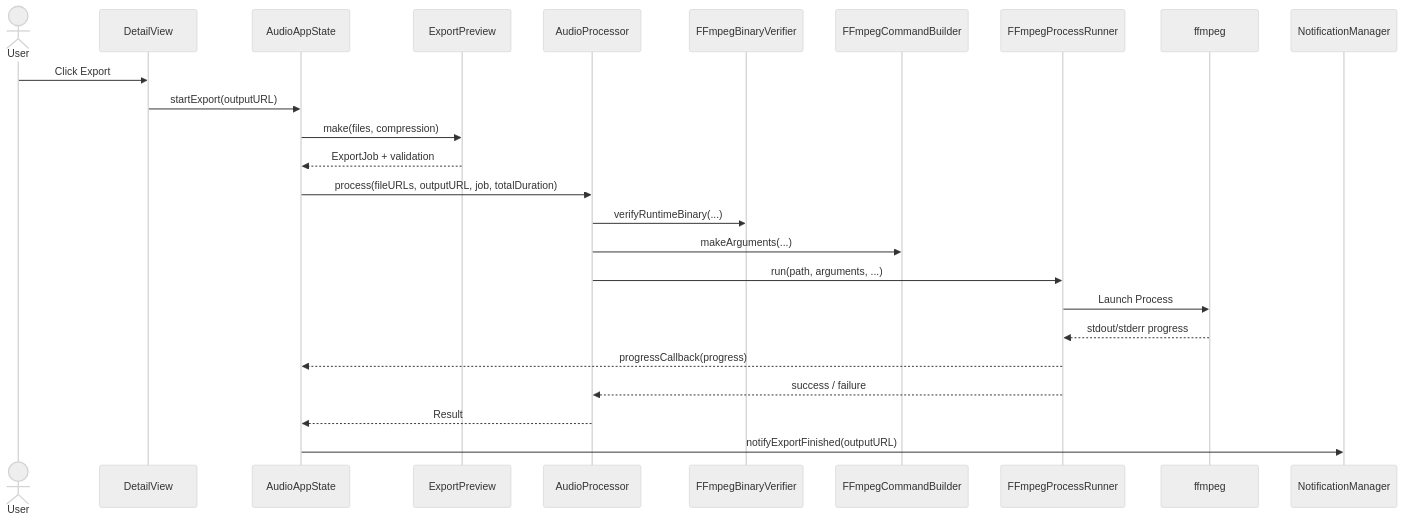
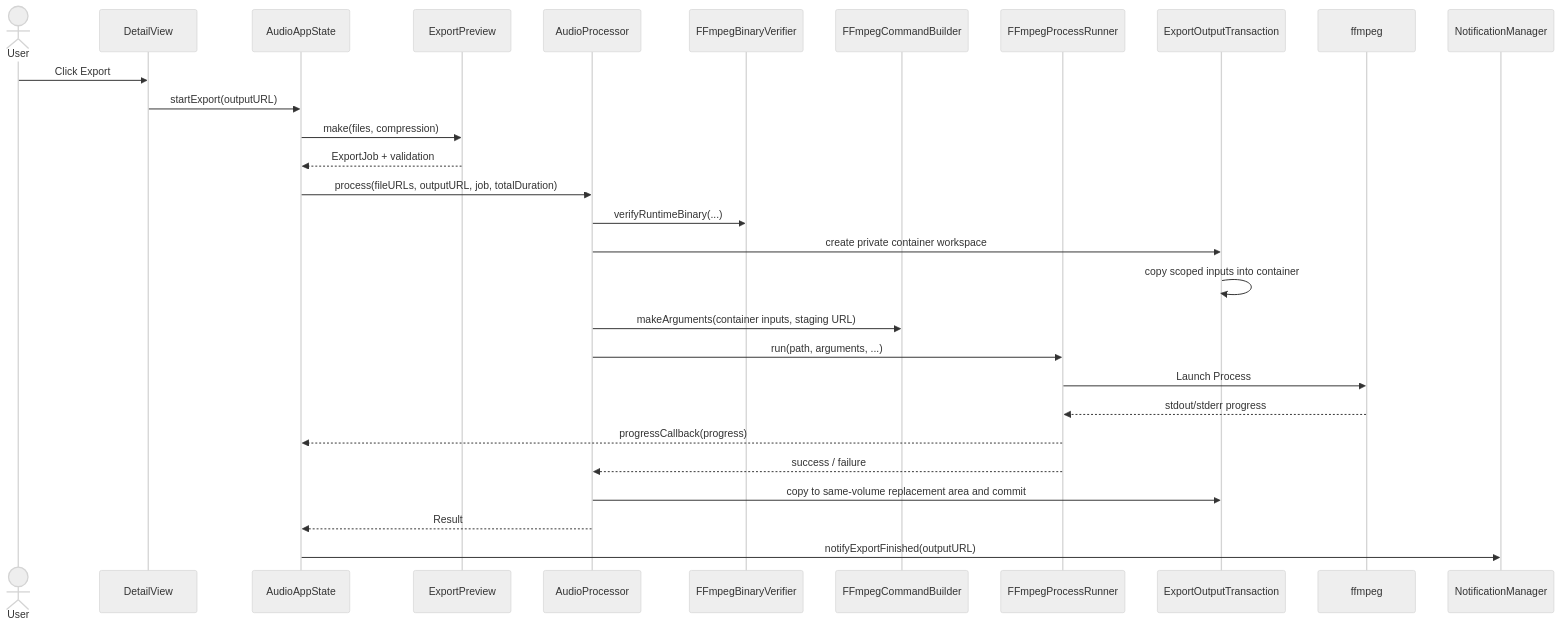
One commit to CometaSensitiva/AudioPro changed the fourth of 8 diagrams in docs/architecture.md. Above: the diagram before and after it, drawn with Mermaid (neutral theme). The commit also changed other lines of this file and 12 other files, not shown here.

````diff
--- a/docs/architecture.md
+++ b/docs/architecture.md
@@ -150,28 +161,32 @@
 ```mermaid
 sequenceDiagram
     actor User
     participant DetailView
     participant AudioAppState
     participant ExportPreview
     participant AudioProcessor
     participant FFmpegBinaryVerifier
     participant FFmpegCommandBuilder
     participant FFmpegProcessRunner
+    participant ExportOutputTransaction
     participant ffmpeg
     participant NotificationManager
 
     User->>DetailView: Click Export
     DetailView->>AudioAppState: startExport(outputURL)
     AudioAppState->>ExportPreview: make(files, compression)
     ExportPreview-->>AudioAppState: ExportJob + validation
     AudioAppState->>AudioProcessor: process(fileURLs, outputURL, job, totalDuration)
     AudioProcessor->>FFmpegBinaryVerifier: verifyRuntimeBinary(...)
-    AudioProcessor->>FFmpegCommandBuilder: makeArguments(...)
+    AudioProcessor->>ExportOutputTransaction: create private container workspace
+    ExportOutputTransaction->>ExportOutputTransaction: copy scoped inputs into container
+    AudioProcessor->>FFmpegCommandBuilder: makeArguments(container inputs, staging URL)
     AudioProcessor->>FFmpegProcessRunner: run(path, arguments, ...)
     FFmpegProcessRunner->>ffmpeg: Launch Process
     ffmpeg-->>FFmpegProcessRunner: stdout/stderr progress
     FFmpegProcessRunner-->>AudioAppState: progressCallback(progress)
     FFmpegProcessRunner-->>AudioProcessor: success / failure
+    AudioProcessor->>ExportOutputTransaction: copy to same-volume replacement area and commit
     AudioProcessor-->>AudioAppState: Result
     AudioAppState->>NotificationManager: notifyExportFinished(outputURL)
 ```
````
